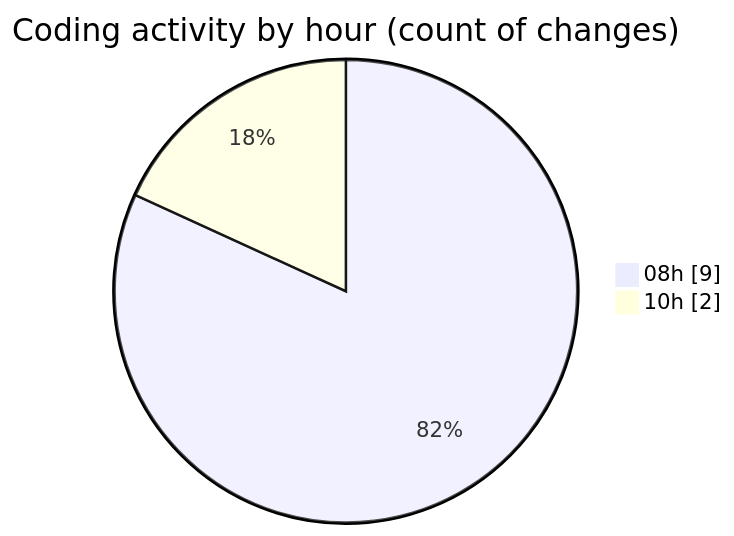
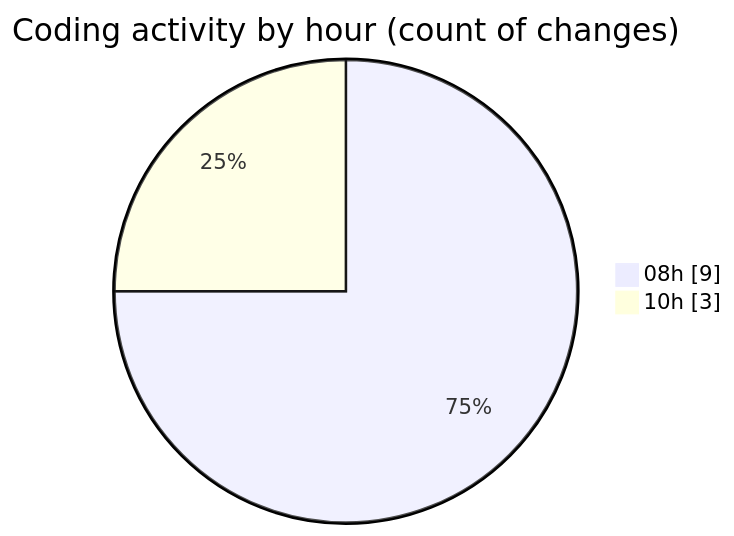
One commit to julien-gomy/code-tracking changed the second of 2 diagrams in 2025-11-04/cdp_aleoudev_fr__workspace_/README.md. Above: the diagram before and after it, drawn with Mermaid. The commit also changed other lines of this file and 1 other file, not shown here.

````diff
--- a/2025-11-04/cdp_aleoudev_fr__workspace_/README.md
+++ b/2025-11-04/cdp_aleoudev_fr__workspace_/README.md
@@ -29,6 +29,6 @@
 ```mermaid
 pie showData
 title Coding activity by hour (count of changes)
 "08h" : 9
-"10h" : 2
+"10h" : 3
 ```
````
